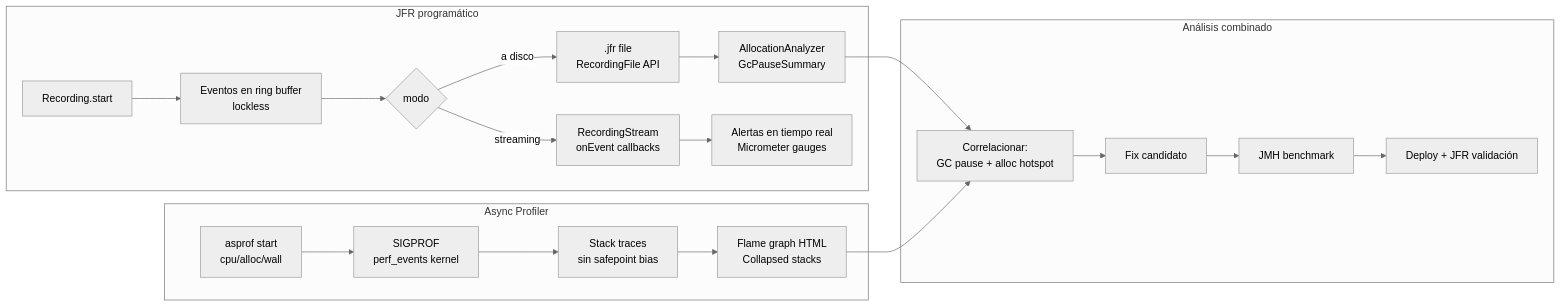
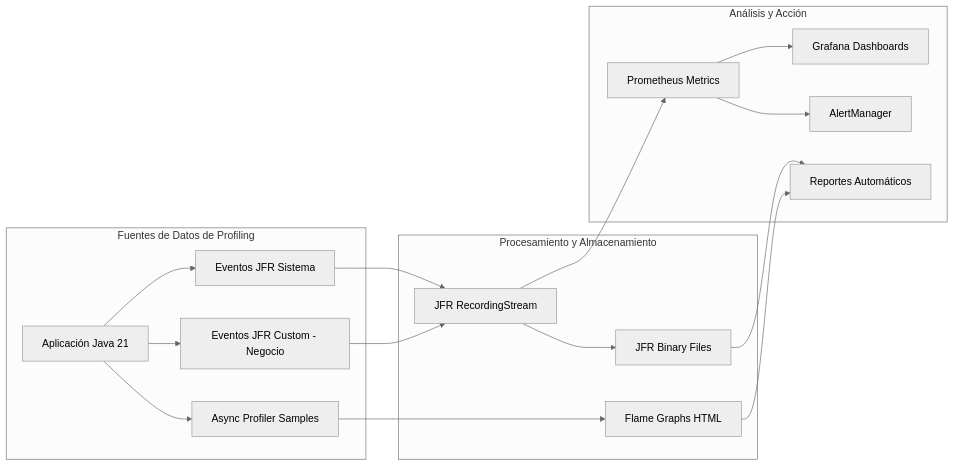
Before and after one commit to Joaquinriosheredia/DAM-Java-Mastery: the second of 4 diagrams in 01_Java_Core/profiling_avanzado_en_java_con_jfr_y_async_profiler_STAFF.md, drawn with Mermaid (neutral theme). The commit also changed other lines of this file, not shown here.

Commit message:
profiling_avanzado_en_java_con_jfr_y_async_profiler_STAFF.md

````diff
--- a/01_Java_Core/profiling_avanzado_en_java_con_jfr_y_async_profiler_STAFF.md
+++ b/01_Java_Core/profiling_avanzado_en_java_con_jfr_y_async_profiler_STAFF.md
@@ -482,25 +102,38 @@
 ```mermaid
 graph LR
-    subgraph "JFR programático"
-        A[Recording.start] --> B[Eventos en ring buffer\nlockless]
-        B --> C{modo}
-        C -->|a disco| D[.jfr file\nRecordingFile API]
-        C -->|streaming| E[RecordingStream\nonEvent callbacks]
-        D --> F[AllocationAnalyzer\nGcPauseSummary]
-        E --> G[Alertas en tiempo real\nMicrometer gauges]
+    subgraph "Fuentes de Datos de Profiling"
+        APP[Aplicación Java 21]
+        JFR_EVT[Eventos JFR Sistema]
+        CUSTOM_EVT[Eventos JFR Custom - Negocio]
+        ASYNC[Async Profiler Samples]
     end
-
-    subgraph "Async Profiler"
-        H[asprof start\ncpu/alloc/wall] --> I[SIGPROF\nperf_events kernel]
-        I --> J[Stack traces\nsin safepoint bias]
-        J --> K[Flame graph HTML\nCollapsed stacks]
+    
+    subgraph "Procesamiento y Almacenamiento"
+        STREAM[JFR RecordingStream]
+        FILE[JFR Binary Files]
+        FLAME[Flame Graphs HTML]
     end
-
-    subgraph "Análisis combinado"
-        F --> L[Correlacionar:\nGC pause + alloc hotspot]
-        K --> L
-        L --> M[Fix candidato]
-        M --> N[JMH benchmark]
-        N --> O[Deploy + JFR validación]
+    
+    subgraph "Análisis y Acción"
+        PROM[Prometheus Metrics]
+        GRAF[Grafana Dashboards]
+        ALERT[AlertManager]
+        REPORT[Reportes Automáticos]
     end
+    
+    APP --> JFR_EVT
+    APP --> CUSTOM_EVT
+    APP --> ASYNC
+    
+    JFR_EVT --> STREAM
+    CUSTOM_EVT --> STREAM
+    STREAM --> PROM
+    STREAM --> FILE
+    
+    ASYNC --> FLAME
+    FLAME --> REPORT
+    
+    PROM --> GRAF
+    PROM --> ALERT
+    FILE --> REPORT
 ```
````
